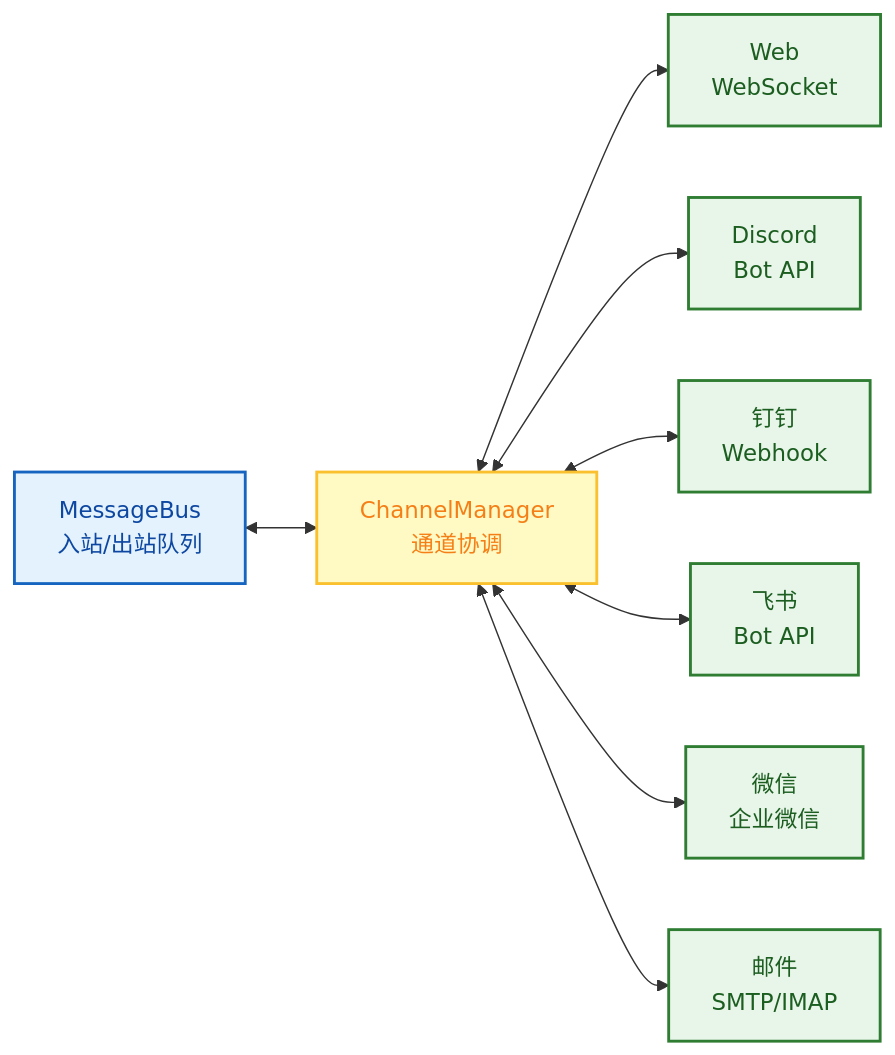
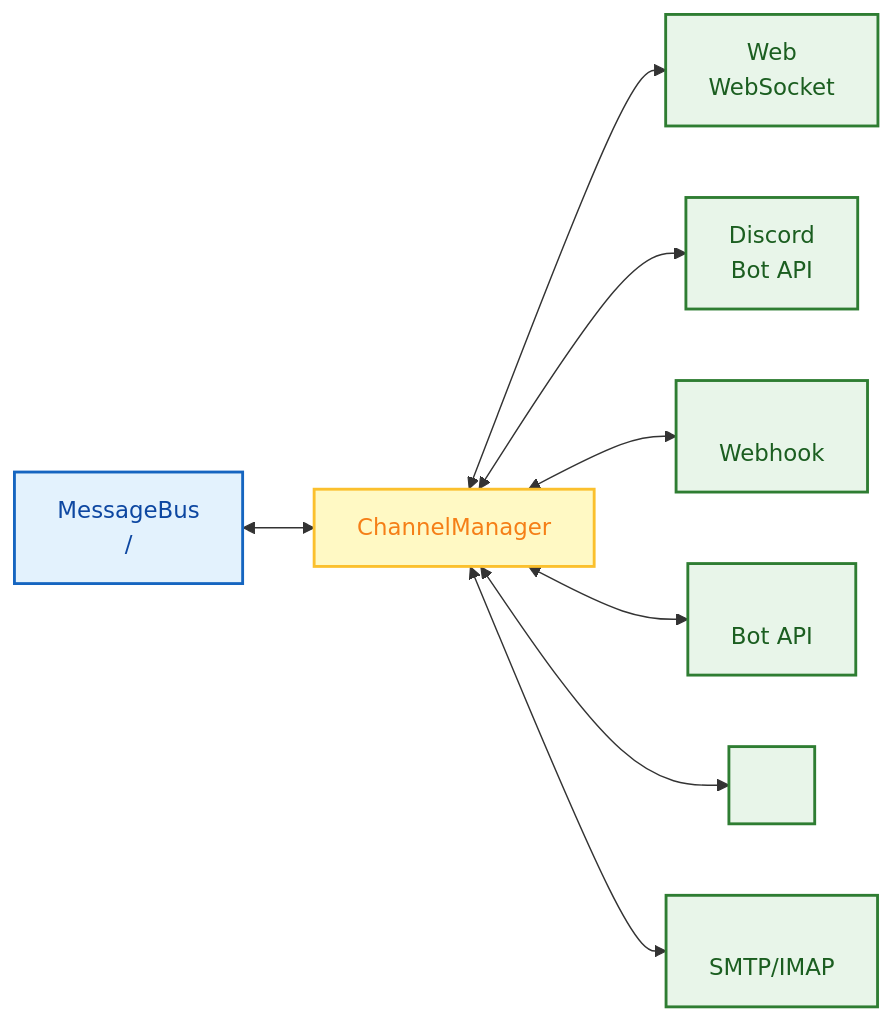
One commit to xt765/FinchBot changed the eighth of 8 diagrams in README_CN.md. Above: the diagram before and after it, drawn with Mermaid. The commit also changed other lines of this file and 17 other files, not shown here.

````diff
--- a/README_CN.md
+++ b/README_CN.md
@@ -542,19 +542,19 @@
 ```mermaid
 flowchart LR
     classDef bus fill:#e3f2fd,stroke:#1565c0,stroke-width:2px,color:#0d47a1;
     classDef manager fill:#fff9c4,stroke:#fbc02d,stroke-width:2px,color:#f57f17;
     classDef channel fill:#e8f5e9,stroke:#2e7d32,stroke-width:2px,color:#1b5e20;
 
-    Bus[MessageBus<br/>入站/出站队列]:::bus
-    CM[ChannelManager<br/>通道协调]:::manager
+    Bus[MessageBus<br/>/]:::bus
+    CM[ChannelManager<br/>]:::manager
 
     Web[Web<br/>WebSocket]:::channel
     Discord[Discord<br/>Bot API]:::channel
-    DingTalk[钉钉<br/>Webhook]:::channel
-    Feishu[飞书<br/>Bot API]:::channel
-    WeChat[微信<br/>企业微信]:::channel
-    Email[邮件<br/>SMTP/IMAP]:::channel
+    DingTalk[<br/>Webhook]:::channel
+    Feishu[<br/>Bot API]:::channel
+    WeChat[<br/>]:::channel
+    Email[<br/>SMTP/IMAP]:::channel
 
     Bus <--> CM
     CM <--> Web & Discord & DingTalk & Feishu & WeChat & Email
 ```
````
